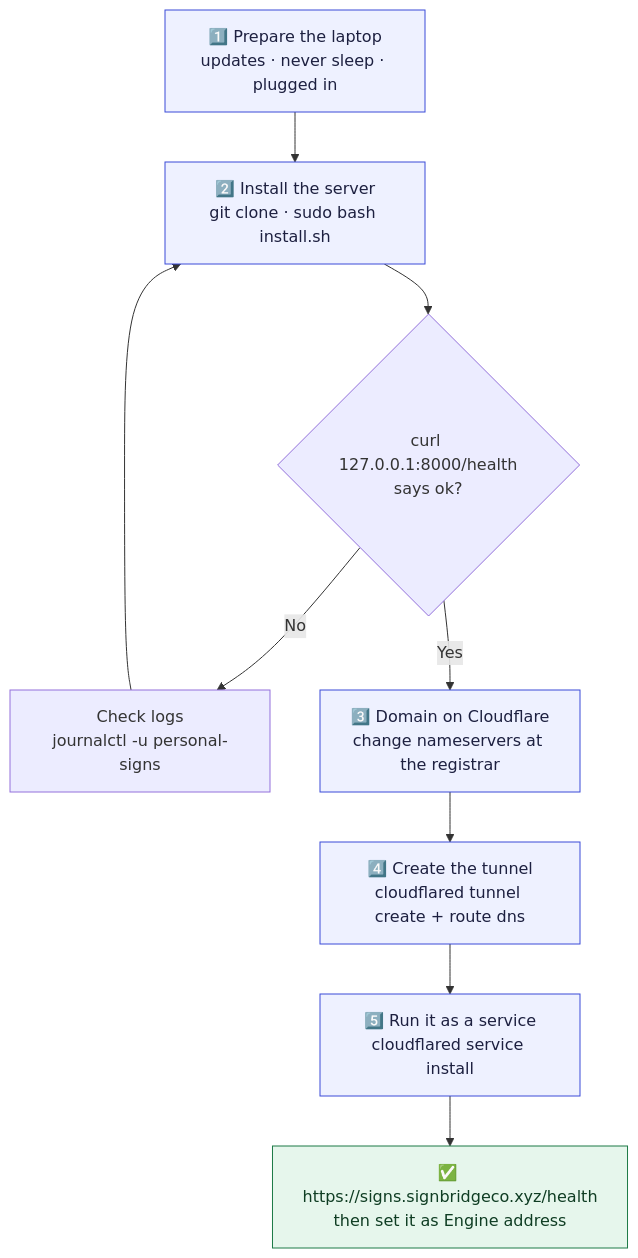
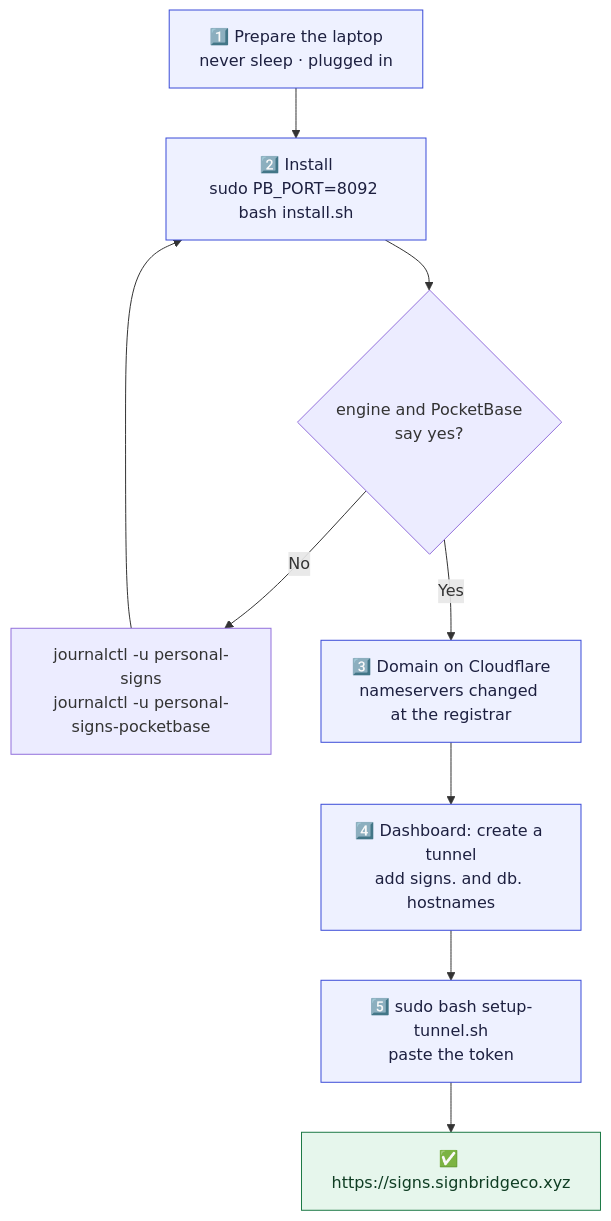
Before and after one commit to Lukesh2006/isl-personal-signs: the second of 2 diagrams in docs/self-hosting-ubuntu.md, drawn with Mermaid. The commit also changed other lines of this file and 5 other files, not shown here.

First line of the commit message:
Ubuntu: own Cloudflare tunnel service, PocketBase on 8092

````diff
--- a/docs/self-hosting-ubuntu.md
+++ b/docs/self-hosting-ubuntu.md
@@ -17,15 +20,15 @@
 ```mermaid
 flowchart TD
-    A["1️⃣ Prepare the laptop<br/>updates · never sleep · plugged in"] --> B["2️⃣ Install the server<br/>git clone · sudo bash install.sh"]
-    B --> C{"curl 127.0.0.1:8000/health<br/>says ok?"}
-    C -- "No" --> L["Check logs<br/>journalctl -u personal-signs"] --> B
-    C -- "Yes" --> D["3️⃣ Domain on Cloudflare<br/>change nameservers at the registrar"]
-    D --> E["4️⃣ Create the tunnel<br/>cloudflared tunnel create + route dns"]
-    E --> F["5️⃣ Run it as a service<br/>cloudflared service install"]
-    F --> G["✅ https://signs.signbridgeco.xyz/health<br/>then set it as Engine address"]
+    A["1️⃣ Prepare the laptop<br/>never sleep · plugged in"] --> B["2️⃣ Install<br/>sudo PB_PORT=8092 bash install.sh"]
+    B --> C{"engine and PocketBase<br/>say yes?"}
+    C -- "No" --> L["journalctl -u personal-signs<br/>journalctl -u personal-signs-pocketbase"] --> B
+    C -- "Yes" --> D["3️⃣ Domain on Cloudflare<br/>nameservers changed at the registrar"]
+    D --> E["4️⃣ Dashboard: create a tunnel<br/>add signs. and db. hostnames"]
+    E --> F["5️⃣ sudo bash setup-tunnel.sh<br/>paste the token"]
+    F --> G["✅ https://signs.signbridgeco.xyz"]
 
     classDef ok fill:#e6f6ec,stroke:#1d7a46,color:#0f3d23
     classDef step fill:#eef1ff,stroke:#3a4bd8,color:#1d2040
     class A,B,D,E,F step
     class G ok
 ```
````
